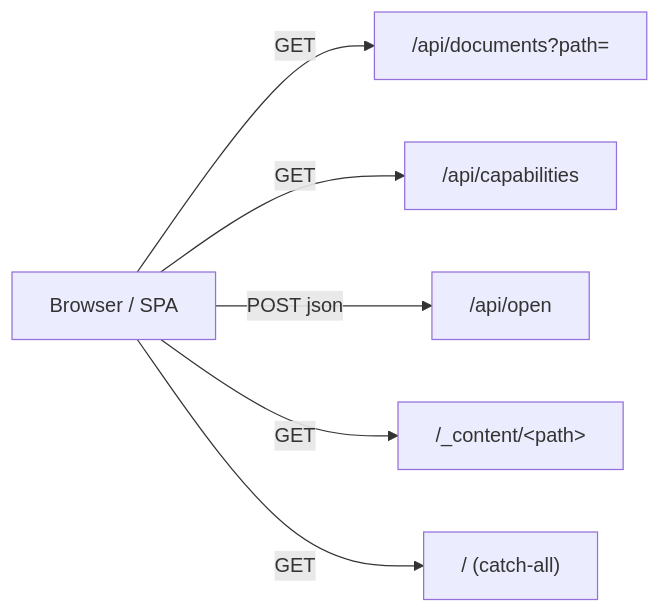
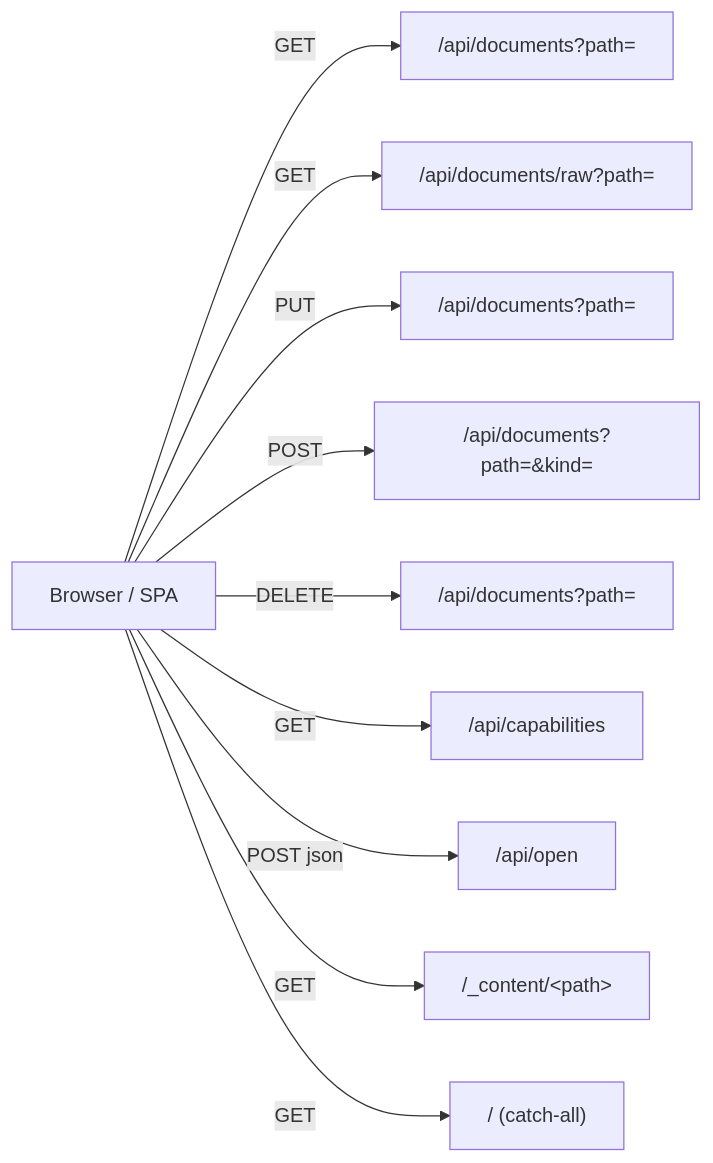
Before and after one commit to MorizMensi/grove: the diagram in docs/reference/http-api.md, drawn with Mermaid. The commit also changed other lines of this file and 23 other files, not shown here.

````diff
--- a/docs/reference/http-api.md
+++ b/docs/reference/http-api.md
@@ -10,8 +11,12 @@
 ```mermaid
 flowchart LR
   C[Browser / SPA] -->|GET| D["/api/documents?path="]
+  C -->|GET| DR["/api/documents/raw?path="]
+  C -->|PUT| DPUT["/api/documents?path="]
+  C -->|POST| DPOST["/api/documents?path=&kind="]
+  C -->|DELETE| DDEL["/api/documents?path="]
   C -->|GET| CAP["/api/capabilities"]
   C -->|POST json| O["/api/open"]
   C -->|GET| CT["/_content/&lt;path&gt;"]
   C -->|GET| SPA["/ (catch-all)"]
 ```
````
